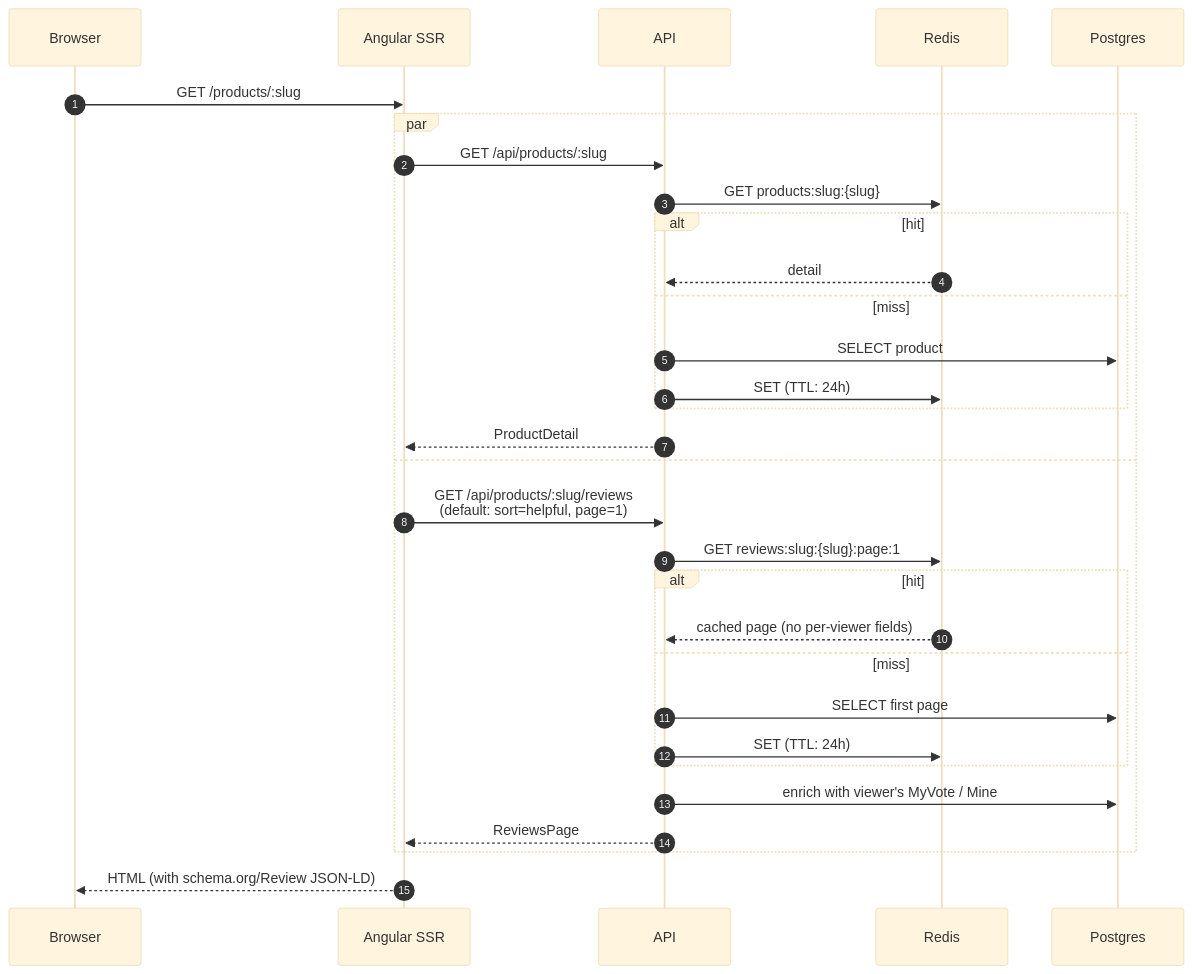
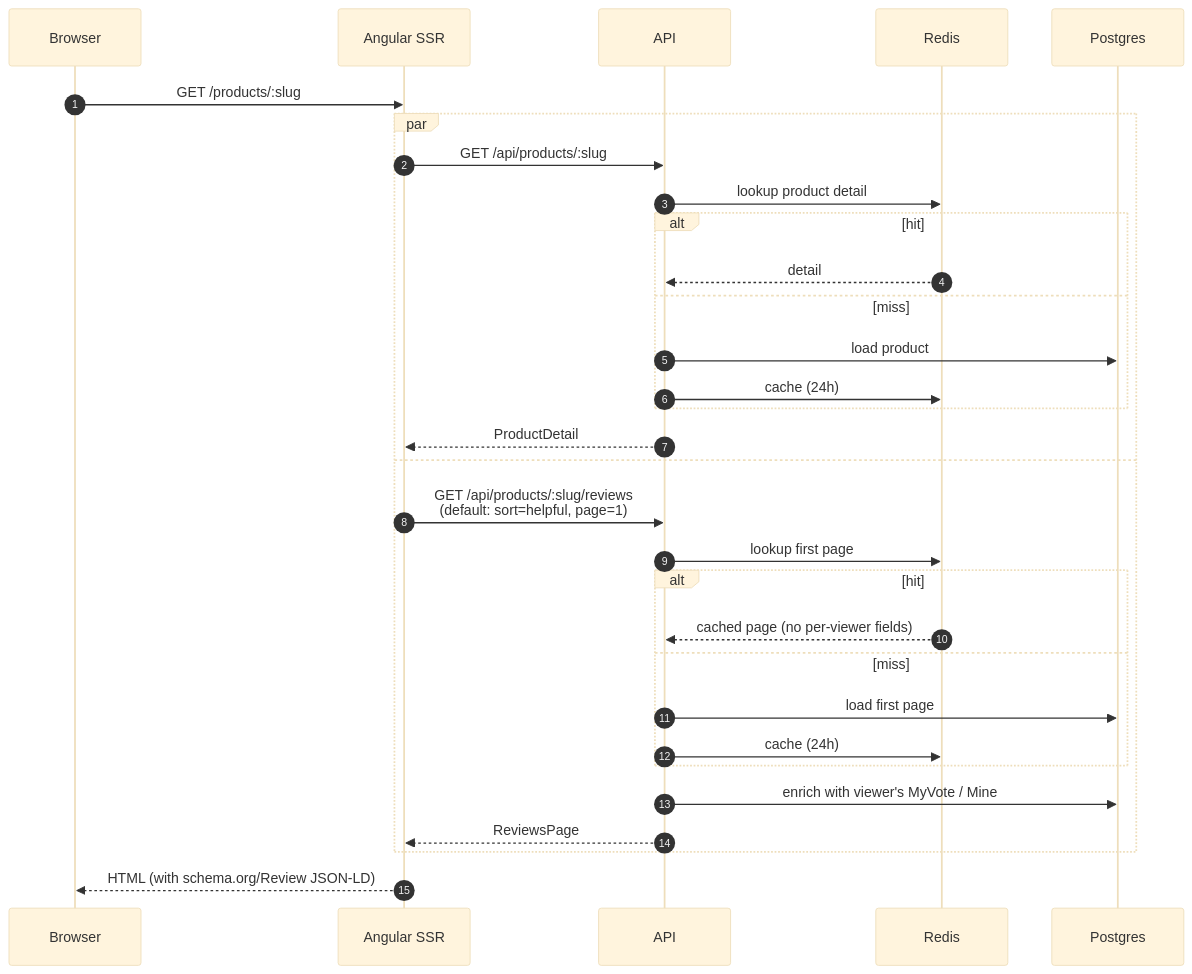
Before and after one commit to KaliCZ/reviews: the fourth of 12 diagrams in docs/flows.md, drawn with Mermaid (base theme). The commit also changed other lines of this file, not shown here.

First line of the commit message:
Strip implementation detail from product-flow diagrams

````diff
--- a/docs/flows.md
+++ b/docs/flows.md
@@ -112,34 +111,34 @@
 ```mermaid
 sequenceDiagram
     autonumber
     participant B as Browser
     participant S as Angular SSR
     participant A as API
     participant R as Redis
     participant P as Postgres
 
     B->>S: GET /products/:slug
     par
         S->>A: GET /api/products/:slug
-        A->>R: GET products:slug:{slug}
+        A->>R: lookup product detail
         alt hit
             R-->>A: detail
         else miss
-            A->>P: SELECT product
-            A->>R: SET (TTL: 24h)
+            A->>P: load product
+            A->>R: cache (24h)
         end
         A-->>S: ProductDetail
     and
         S->>A: GET /api/products/:slug/reviews<br/>(default: sort=helpful, page=1)
-        A->>R: GET reviews:slug:{slug}:page:1
+        A->>R: lookup first page
         alt hit
             R-->>A: cached page (no per-viewer fields)
         else miss
-            A->>P: SELECT first page
-            A->>R: SET (TTL: 24h)
+            A->>P: load first page
+            A->>R: cache (24h)
         end
         A->>P: enrich with viewer's MyVote / Mine
         A-->>S: ReviewsPage
     end
     S-->>B: HTML (with schema.org/Review JSON-LD)
 ```
````
